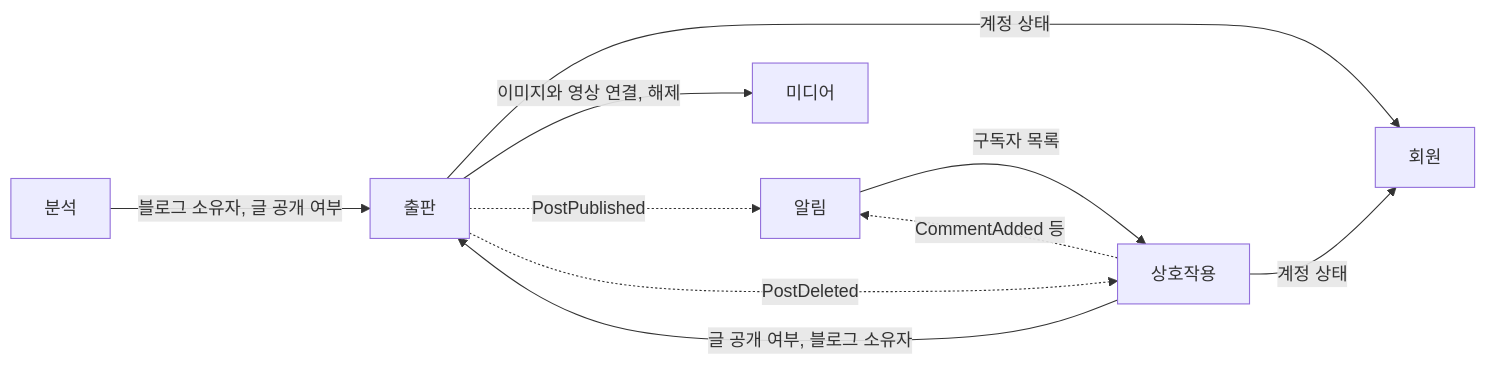
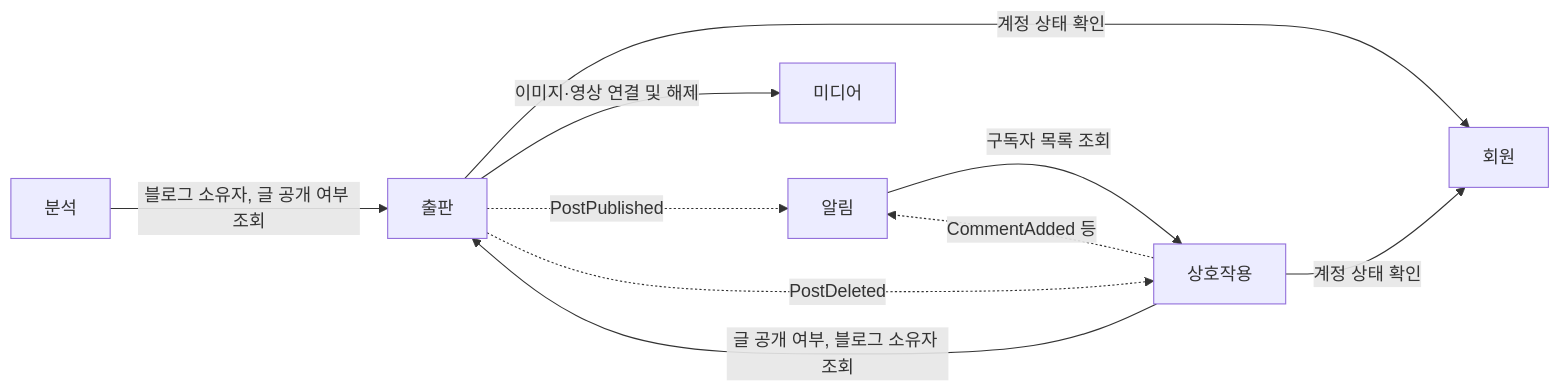
The diagram in backend/docs/strategic/04-context-map.md (paranema/contentria), drawn with Mermaid before and after one commit. The commit also changed other lines of this file and 6 other files, not shown here.

````diff
--- a/backend/docs/strategic/04-context-map.md
+++ b/backend/docs/strategic/04-context-map.md
@@ -26,19 +28,19 @@
 ```mermaid
 flowchart LR
     member[회원]
     publishing[출판]
     interaction[상호작용]
     media[미디어]
     analytics[분석]
     notification[알림]
 
-    publishing -->|계정 상태| member
-    interaction -->|계정 상태| member
-    publishing -->|이미지와 영상 연결, 해제| media
-    interaction -->|글 공개 여부, 블로그 소유자| publishing
-    notification -->|구독자 목록| interaction
-    analytics -->|블로그 소유자, 글 공개 여부| publishing
+    publishing -->|계정 상태 확인| member
+    interaction -->|계정 상태 확인| member
+    publishing -->|이미지·영상 연결 및 해제| media
+    interaction -->|글 공개 여부, 블로그 소유자 조회| publishing
+    notification -->|구독자 목록 조회| interaction
+    analytics -->|블로그 소유자, 글 공개 여부 조회| publishing
     publishing -. PostPublished .-> notification
     publishing -. PostDeleted .-> interaction
     interaction -. CommentAdded 등 .-> notification
 ```
````
